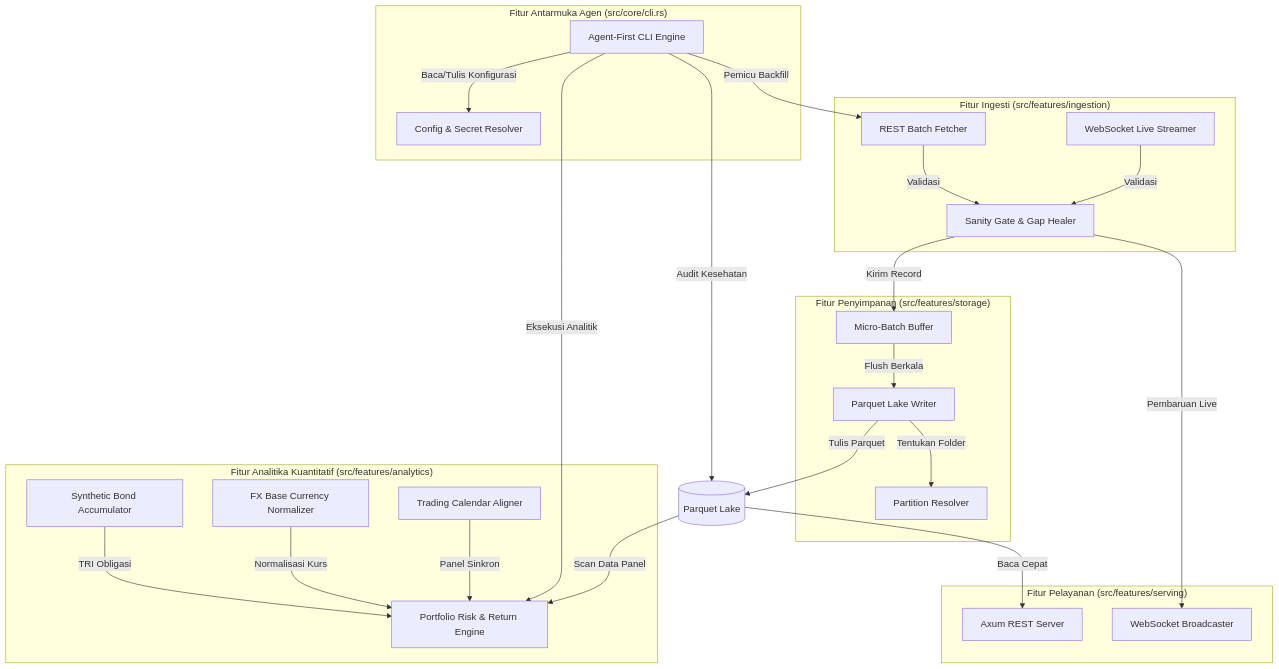
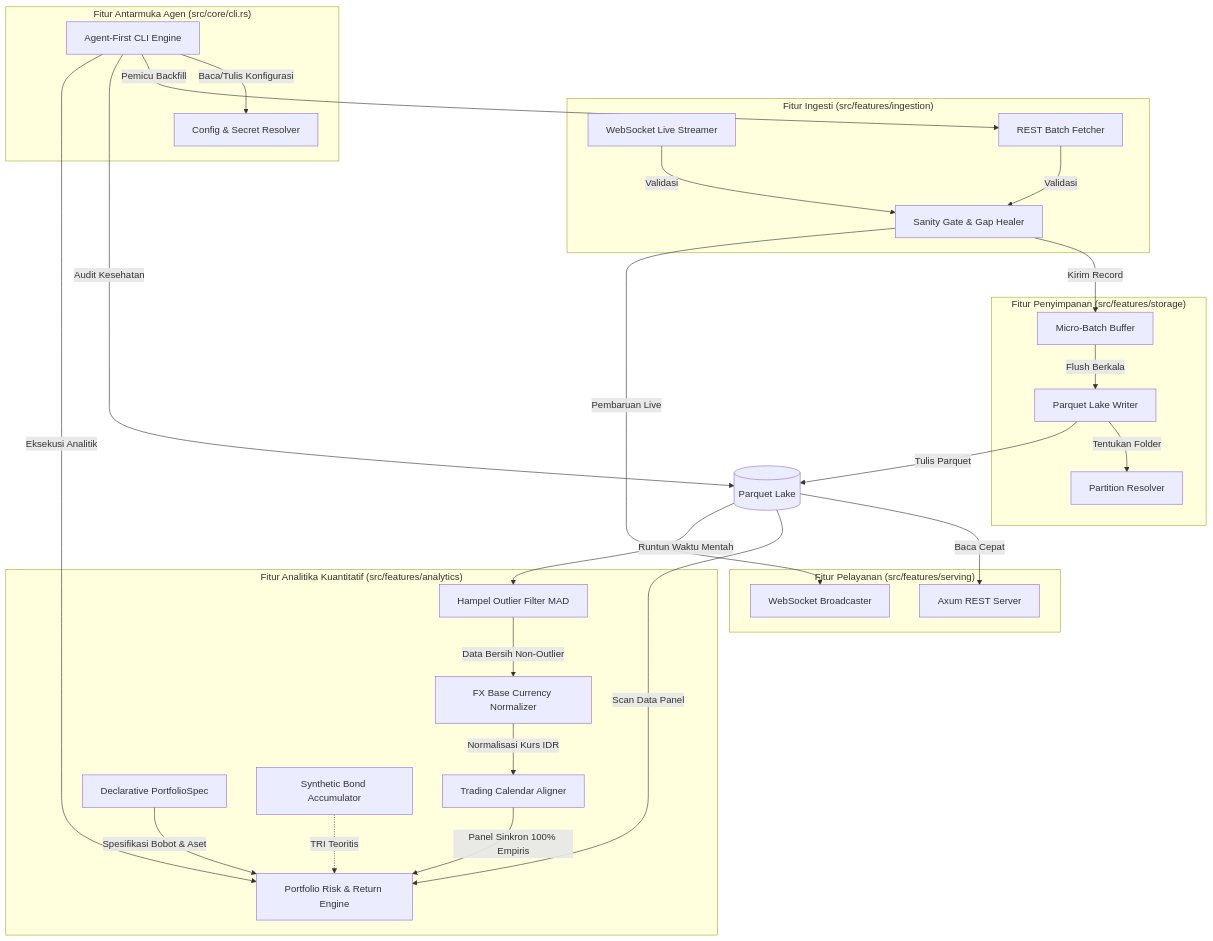
Before and after one commit to ihkaru/economy-aggregator: the diagram in docs/architecture/05_building_block_view.md, drawn with Mermaid. The commit also changed other lines of this file and 11 other files, not shown here.

Commit message:
docs(arc42): complete comprehensive architectural documentation across all 12 sections

````diff
--- a/docs/architecture/05_building_block_view.md
+++ b/docs/architecture/05_building_block_view.md
@@ -13,48 +13,53 @@
 ```mermaid
 graph TD
     subgraph IngestionSlice["Fitur Ingesti (src/features/ingestion)"]
         WS[WebSocket Live Streamer]
         REST[REST Batch Fetcher]
         SAN[Sanity Gate & Gap Healer]
     end
 
     subgraph StorageSlice["Fitur Penyimpanan (src/features/storage)"]
         BUF[Micro-Batch Buffer]
         WRITER[Parquet Lake Writer]
         RESOLVER[Partition Resolver]
     end
 
     subgraph ServingSlice["Fitur Pelayanan (src/features/serving)"]
         API[Axum REST Server]
         BC[WebSocket Broadcaster]
     end
 
     subgraph CliSlice["Fitur Antarmuka Agen (src/core/cli.rs)"]
         CLI[Agent-First CLI Engine]
         CFG[Config & Secret Resolver]
     end
 
     subgraph AnalyticsSlice["Fitur Analitika Kuantitatif (src/features/analytics)"]
         ALIGN[Trading Calendar Aligner]
         FX[FX Base Currency Normalizer]
+        HAMPEL[Hampel Outlier Filter MAD]
+        SPEC[Declarative PortfolioSpec]
         BOND[Synthetic Bond Accumulator]
         PORT[Portfolio Risk & Return Engine]
     end
 
     WS -->|Validasi| SAN
     REST -->|Validasi| SAN
     SAN -->|Kirim Record| BUF
     BUF -->|Flush Berkala| WRITER
     WRITER -->|Tentukan Folder| RESOLVER
     WRITER -->|Tulis Parquet| DISK[(Parquet Lake)]
     DISK -->|Baca Cepat| API
     DISK -->|Scan Data Panel| PORT
     SAN -->|Pembaruan Live| BC
     CLI -->|Baca/Tulis Konfigurasi| CFG
     CLI -->|Pemicu Backfill| REST
     CLI -->|Audit Kesehatan| DISK
     CLI -->|Eksekusi Analitik| PORT
-    ALIGN -->|Panel Sinkron| PORT
-    FX -->|Normalisasi Kurs| PORT
-    BOND -->|TRI Obligasi| PORT
+    SPEC -->|Spesifikasi Bobot & Aset| PORT
+    DISK -->|Runtun Waktu Mentah| HAMPEL
+    HAMPEL -->|Data Bersih Non-Outlier| FX
+    FX -->|Normalisasi Kurs IDR| ALIGN
+    ALIGN -->|Panel Sinkron 100% Empiris| PORT
+    BOND -.->|TRI Teoritis| PORT
 ```
````
